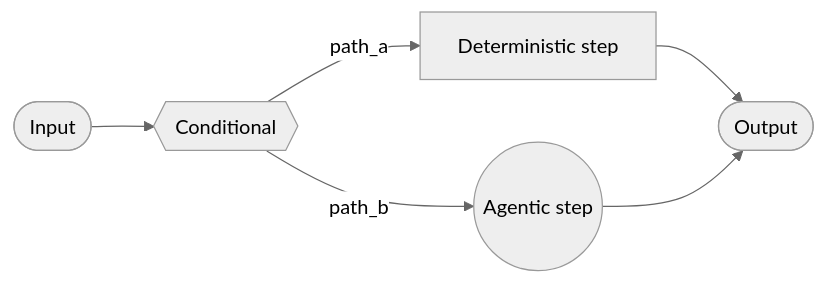
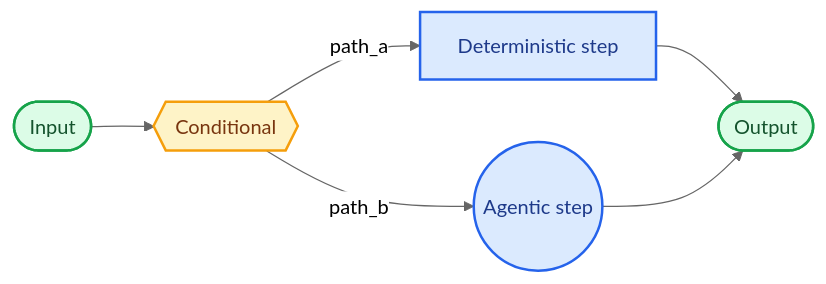
Before and after one commit to bansalkanav/docs: the first of 2 diagrams in build/oss/javascript/langchain/multi-agent/custom-workflow.mdx, drawn with Mermaid (neutral theme). The commit also changed other lines of this file and 2887 other files, not shown here.

````diff
--- a/build/oss/javascript/langchain/multi-agent/custom-workflow.mdx
+++ b/build/oss/javascript/langchain/multi-agent/custom-workflow.mdx
@@ -7,8 +7,16 @@
 ```mermaid
 graph LR
     A([Input]) --> B{{Conditional}}
     B -->|path_a| C[Deterministic step]
     B -->|path_b| D((Agentic step))
     C --> G([Output])
     D --> G([Output])
+
+    classDef trigger fill:#DCFCE7,stroke:#16A34A,stroke-width:2px,color:#14532D
+    classDef process fill:#DBEAFE,stroke:#2563EB,stroke-width:2px,color:#1E3A8A
+    classDef decision fill:#FEF3C7,stroke:#F59E0B,stroke-width:2px,color:#78350F
+
+    class A,G trigger
+    class C,D process
+    class B decision
 ```
````
